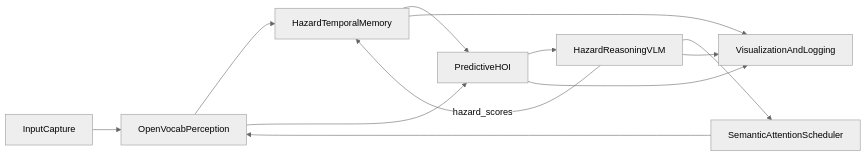
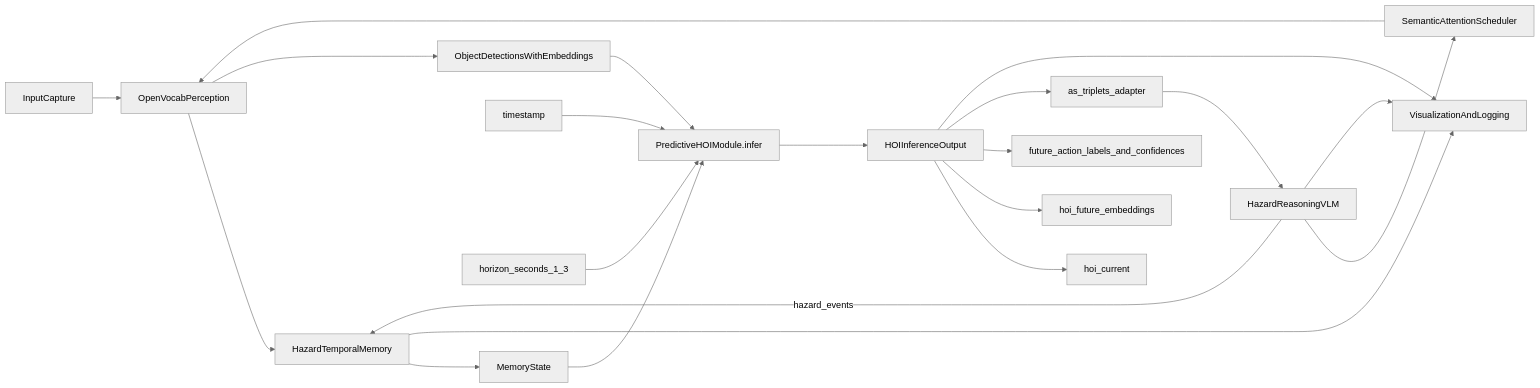
Before and after one commit to paribesh44/RiskSenseVLA: the first of 7 diagrams in docs/architecture.md, drawn with Mermaid (neutral theme). The commit also changed other lines of this file and 1 other file, not shown here.

````diff
--- a/docs/architecture.md
+++ b/docs/architecture.md
@@ -16,14 +16,23 @@
 ```mermaid
 flowchart LR
   inputCap[InputCapture] --> perception[OpenVocabPerception]
   perception --> memory[HazardTemporalMemory]
-  perception --> hoi[PredictiveHOI]
-  memory --> hoi
-  hoi --> hazard[HazardReasoningVLM]
-  hazard -->|"hazard_scores"| memory
+  perception --> detWithEmb[ObjectDetectionsWithEmbeddings]
+  memory --> memState[MemoryState]
+  timeNow[timestamp] --> hoiInfer[PredictiveHOIModule.infer]
+  horizonCfg[horizon_seconds_1_3] --> hoiInfer
+  detWithEmb --> hoiInfer
+  memState --> hoiInfer
+  hoiInfer --> hoiOut[HOIInferenceOutput]
+  hoiOut --> hoiCurrent[hoi_current]
+  hoiOut --> hoiFutureEmb[hoi_future_embeddings]
+  hoiOut --> hoiFutureActs[future_action_labels_and_confidences]
+  hoiOut --> hoiBridge[as_triplets_adapter]
+  hoiBridge --> hazard[HazardReasoningVLM]
+  hazard -->|"hazard_events"| memory
   hazard --> attention[SemanticAttentionScheduler]
   attention --> perception
   memory --> viz[VisualizationAndLogging]
-  hoi --> viz
+  hoiOut --> viz
   hazard --> viz
 ```
````
